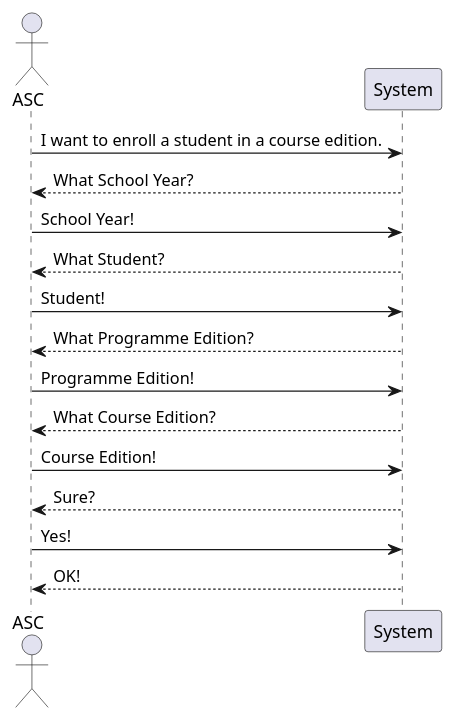
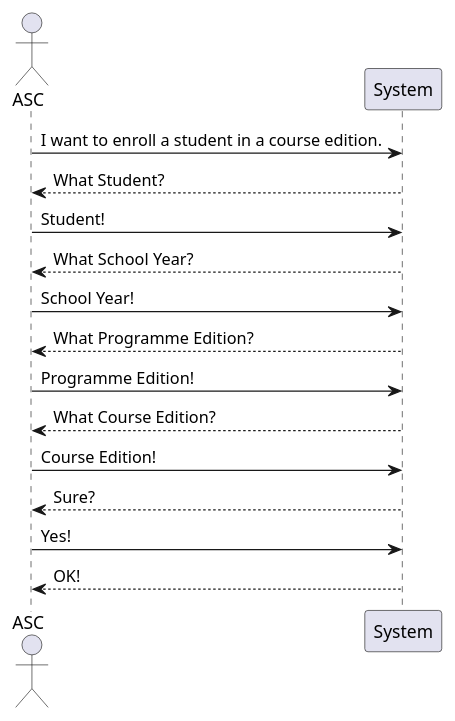
Before and after one commit to GasparISEP/DevOps-PAI: the diagram in docs/sequenceSystemDiagrams/US16/US16-SSD.puml, drawn with PlantUML. The commit also changed other lines of this file, not shown here.

```diff
--- a/docs/sequenceSystemDiagrams/US16/US16-SSD.puml
+++ b/docs/sequenceSystemDiagrams/US16/US16-SSD.puml
@@ -1,21 +1,21 @@
 @startuml
 'https://plantuml.com/sequence-diagram
 
 actor ASC
 
 ASC -> System: I want to enroll a student in a course edition.
+System --> ASC: What Student?
+ASC -> System: Student!
 System --> ASC: What School Year?
 ASC -> System: School Year!
-System --> ASC: What Student?
-ASC -> System: Student!
 System --> ASC: What Programme Edition?
 ASC -> System: Programme Edition!
 System --> ASC: What Course Edition?
 ASC -> System: Course Edition!
 System --> ASC: Sure?
 ASC -> System: Yes!
 System --> ASC: OK!
 
 
 
 @enduml
```
